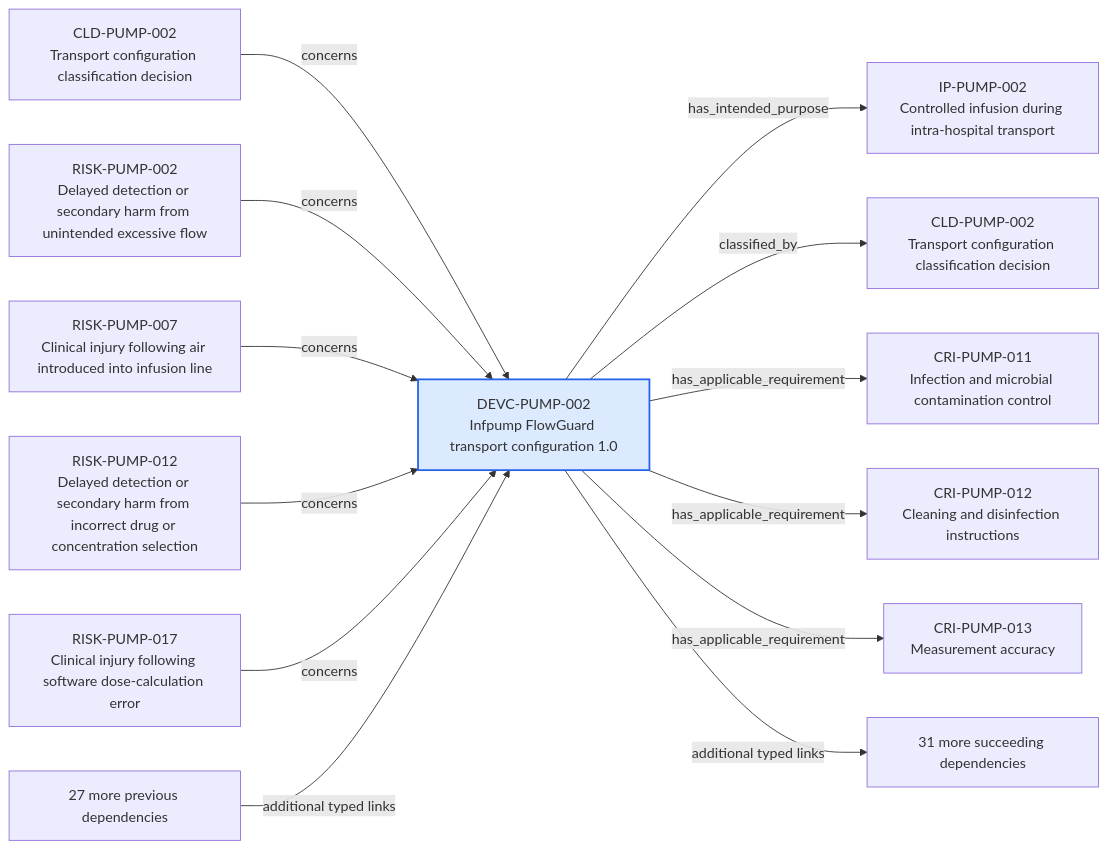
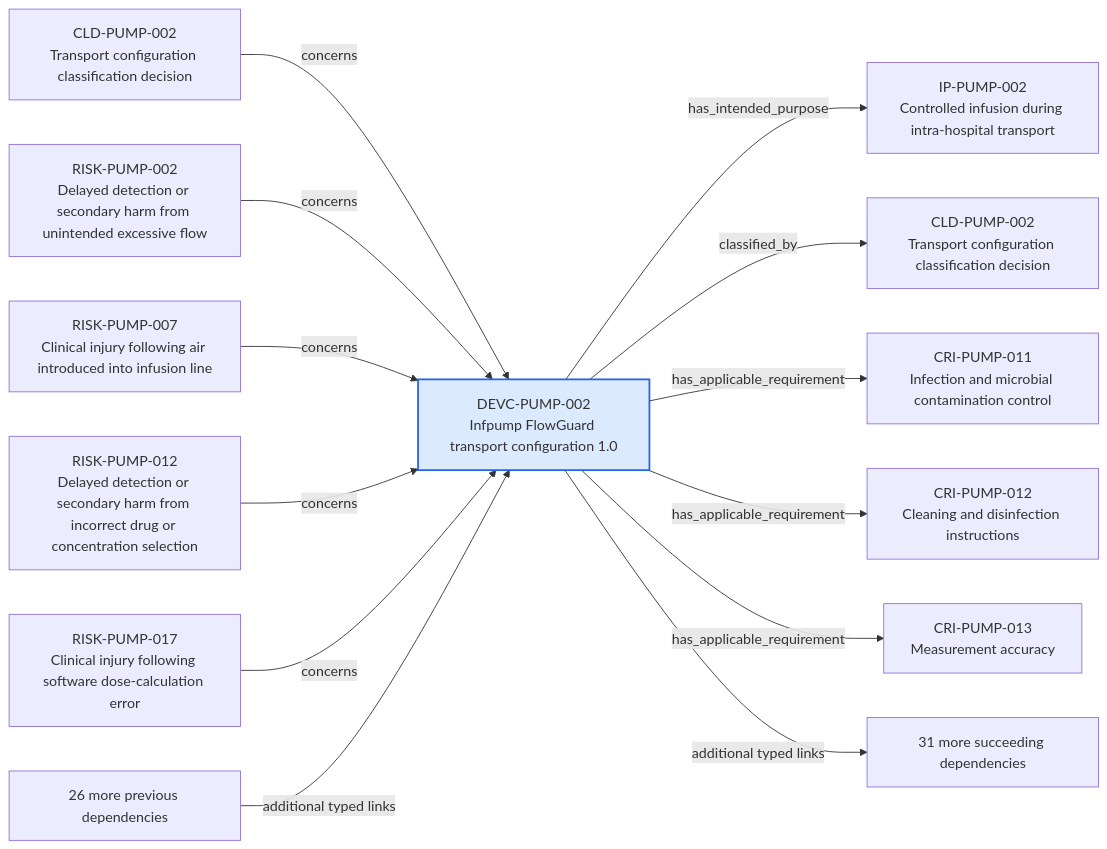
One commit to mvattulainen/mdrontology changed the diagram in content/06-Infpump FlowGuard ontology notes/device-configuration/DEVC-PUMP-002-infpump-flowguard-transport-configuration-10.md. Above: the diagram before and after it, drawn with Mermaid. The commit also changed other lines of this file and 30 other files, not shown here.

````diff
--- a/content/06-Infpump FlowGuard ontology notes/device-configuration/DEVC-PUMP-002-infpump-flowguard-transport-configuration-10.md
+++ b/content/06-Infpump FlowGuard ontology notes/device-configuration/DEVC-PUMP-002-infpump-flowguard-transport-configuration-10.md
@@ -159,30 +159,30 @@
 ```mermaid
 flowchart LR
   CURRENT["DEVC-PUMP-002<br/>Infpump FlowGuard transport configuration 1.0"]
   PREV0["CLD-PUMP-002<br/>Transport configuration classification decision"]
   PREV0 -->|"concerns"| CURRENT
   PREV1["RISK-PUMP-002<br/>Delayed detection or secondary harm from unintended excessive flow"]
   PREV1 -->|"concerns"| CURRENT
   PREV2["RISK-PUMP-007<br/>Clinical injury following air introduced into infusion line"]
   PREV2 -->|"concerns"| CURRENT
   PREV3["RISK-PUMP-012<br/>Delayed detection or secondary harm from incorrect drug or concentration selection"]
   PREV3 -->|"concerns"| CURRENT
   PREV4["RISK-PUMP-017<br/>Clinical injury following software dose-calculation error"]
   PREV4 -->|"concerns"| CURRENT
-  PREV_MORE["27 more previous dependencies"]
+  PREV_MORE["26 more previous dependencies"]
   PREV_MORE -->|"additional typed links"| CURRENT
   NEXT0["IP-PUMP-002<br/>Controlled infusion during intra-hospital transport"]
   CURRENT -->|"has_intended_purpose"| NEXT0
   NEXT1["CLD-PUMP-002<br/>Transport configuration classification decision"]
   CURRENT -->|"classified_by"| NEXT1
   NEXT2["CRI-PUMP-011<br/>Infection and microbial contamination control"]
   CURRENT -->|"has_applicable_requirement"| NEXT2
   NEXT3["CRI-PUMP-012<br/>Cleaning and disinfection instructions"]
   CURRENT -->|"has_applicable_requirement"| NEXT3
   NEXT4["CRI-PUMP-013<br/>Measurement accuracy"]
   CURRENT -->|"has_applicable_requirement"| NEXT4
   NEXT_MORE["31 more succeeding dependencies"]
   CURRENT -->|"additional typed links"| NEXT_MORE
   classDef current fill:#dbeafe,stroke:#2563eb,stroke-width:2px
   class CURRENT current
 ```
````
